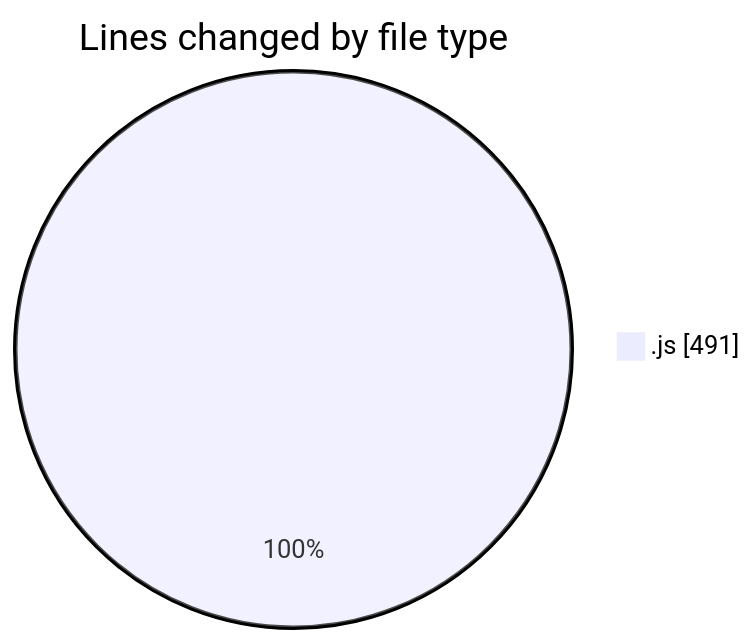
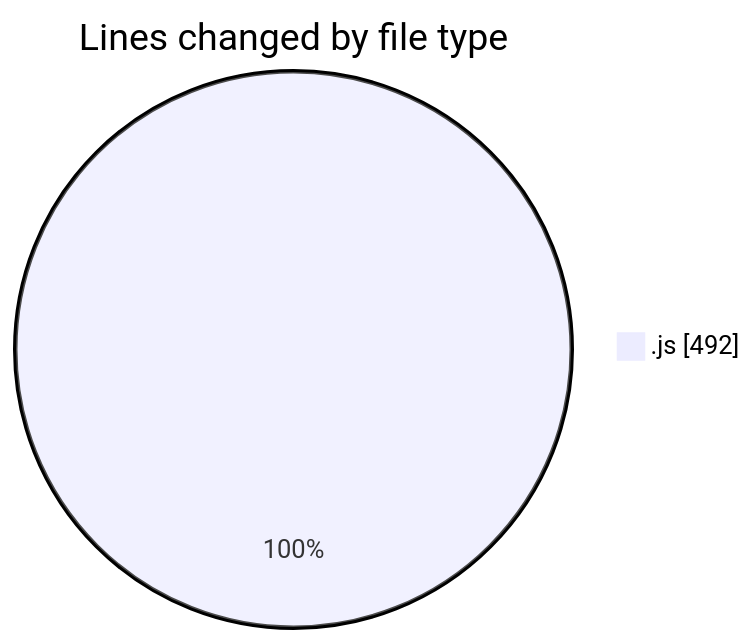
One commit to momahboobian/code-tracking changed the first of 2 diagrams in 2025-08-12/cda/README.md. Above: the diagram before and after it, drawn with Mermaid. The commit also changed other lines of this file and 1 other file, not shown here.

````diff
--- a/2025-08-12/cda/README.md
+++ b/2025-08-12/cda/README.md
@@ -27,5 +27,5 @@
 ```mermaid
 pie showData
 title Lines changed by file type
-".js" : 491
+".js" : 492
 ```
````
